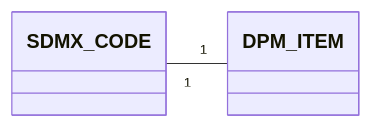
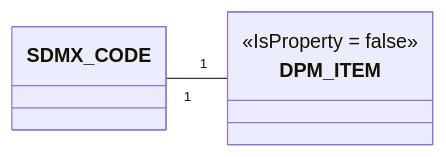
The third of 4 diagrams in docs/models-relationships/01_glossary/03_detailed_mapping_rules.md (sdmx-twg/wp-sdmx-dpm), drawn with Mermaid before and after one commit. The commit also changed other lines of this file, not shown here.

First line of the commit message:
fix: annotate cardinality diagram and text with IsProperty=false restriction

````diff
--- a/docs/models-relationships/01_glossary/03_detailed_mapping_rules.md
+++ b/docs/models-relationships/01_glossary/03_detailed_mapping_rules.md
@@ -411,5 +411,8 @@
 ```mermaid
 classDiagram
     direction LR
+    class DPM_ITEM {
+        <<IsProperty = false>>
+    }
     SDMX_CODE "1" -- "1" DPM_ITEM
 ```
````
